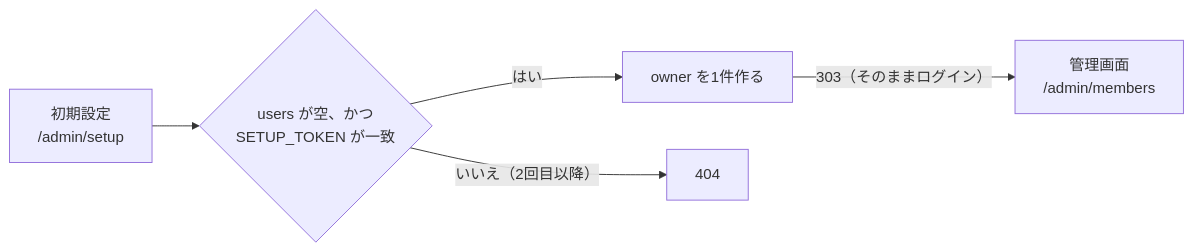
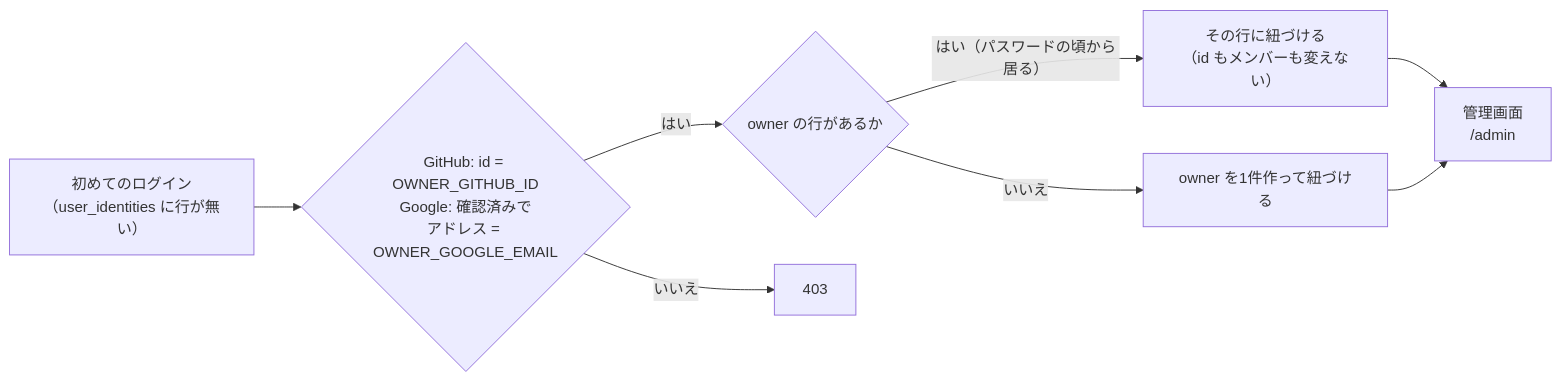
The fourth of 4 diagrams in docs/flow.md (iam74k4/Web-AstLog), drawn with Mermaid before and after one commit. The commit also changed other lines of this file and 26 other files, not shown here.

First line of the commit message:
feat: 管理画面のログインを GitHub / Google の OAuth にする — パスワードをやめる

````diff
--- a/docs/flow.md
+++ b/docs/flow.md
@@ -290,13 +318,18 @@
 ```mermaid
 flowchart LR
-    Setup["初期設定<br>/admin/setup"]
-    Gate{"users が空、かつ<br>SETUP_TOKEN が一致"}
-    Create["owner を1件作る"]
-    Admin["管理画面<br>/admin/members"]
-    Gone["404"]
+    First["初めてのログイン<br>（user_identities に行が無い）"]
+    Gate{"GitHub: id = OWNER_GITHUB_ID<br>Google: 確認済みで<br>アドレス = OWNER_GOOGLE_EMAIL"}
+    Existing{"owner の行があるか"}
+    Keep["その行に紐づける<br>（id もメンバーも変えない）"]
+    Create["owner を1件作って紐づける"]
+    Admin["管理画面<br>/admin"]
+    Refuse["403"]
 
-    Setup --> Gate
-    Gate -->|"はい"| Create
-    Create -->|"303（そのままログイン）"| Admin
-    Gate -->|"いいえ（2回目以降）"| Gone
+    First --> Gate
+    Gate -->|"はい"| Existing
+    Existing -->|"はい（パスワードの頃から居る）"| Keep
+    Existing -->|"いいえ"| Create
+    Keep --> Admin
+    Create --> Admin
+    Gate -->|"いいえ"| Refuse
 ```
````
